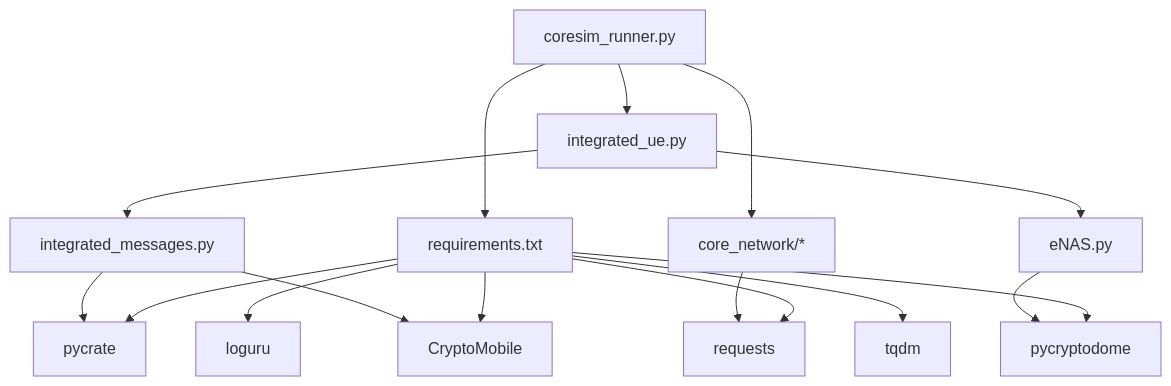
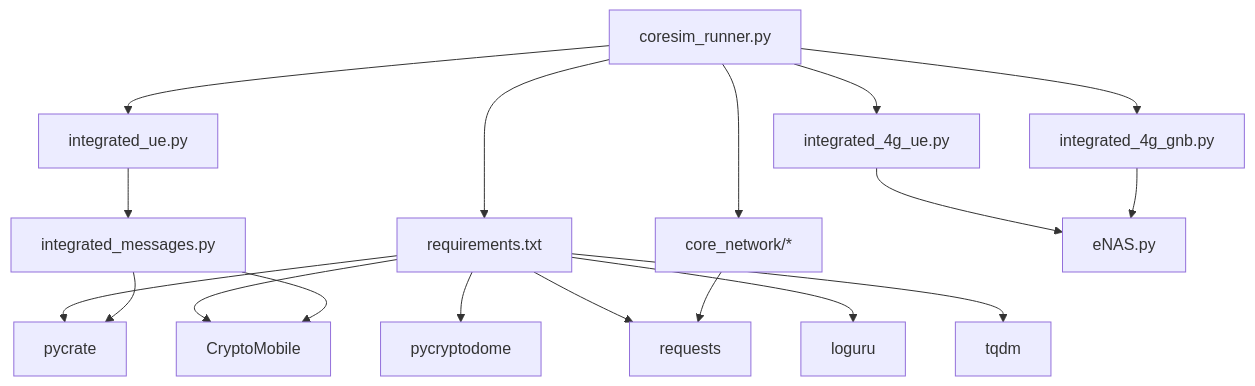
One commit to hackeryounow/coresimrunner changed the tenth of 10 diagrams in .qoder/repowiki/en/content/Project Overview/Features Overview/Technical Capabilities.md. Above: the diagram before and after it, drawn with Mermaid. The commit also changed other lines of this file and 6 other files, not shown here.

````diff
--- a/.qoder/repowiki/en/content/Project Overview/Features Overview/Technical Capabilities.md
+++ b/.qoder/repowiki/en/content/Project Overview/Features Overview/Technical Capabilities.md
@@ -410,18 +481,20 @@
 ```mermaid
 graph TB
 CRS["coresim_runner.py"] --> REQ["requirements.txt"]
 REQ --> PC["pycrate"]
 REQ --> CM["CryptoMobile"]
 REQ --> CD["pycryptodome"]
 REQ --> RS["requests"]
 REQ --> LG["loguru"]
 REQ --> TD["tqdm"]
 CRS --> CN["core_network/*"]
 CN --> RS
 CRS --> IU["integrated_ue.py"]
+CRS --> I4GUE["integrated_4g_ue.py"]
+CRS --> I4GGNB["integrated_4g_gnb.py"]
 IU --> IM["integrated_messages.py"]
+I4GUE --> ENAS["eNAS.py"]
+I4GGNB --> ENAS
 IM --> PC
 IM --> CM
-IU --> ENAS["eNAS.py"]
-ENAS --> CD
 ```
````
